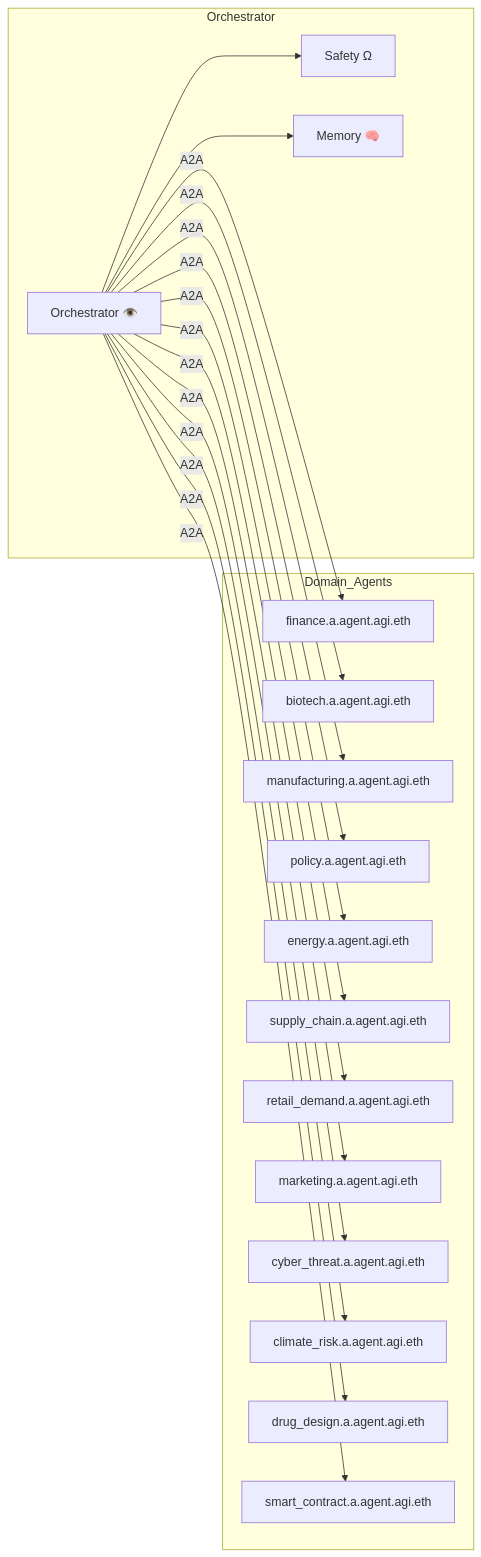
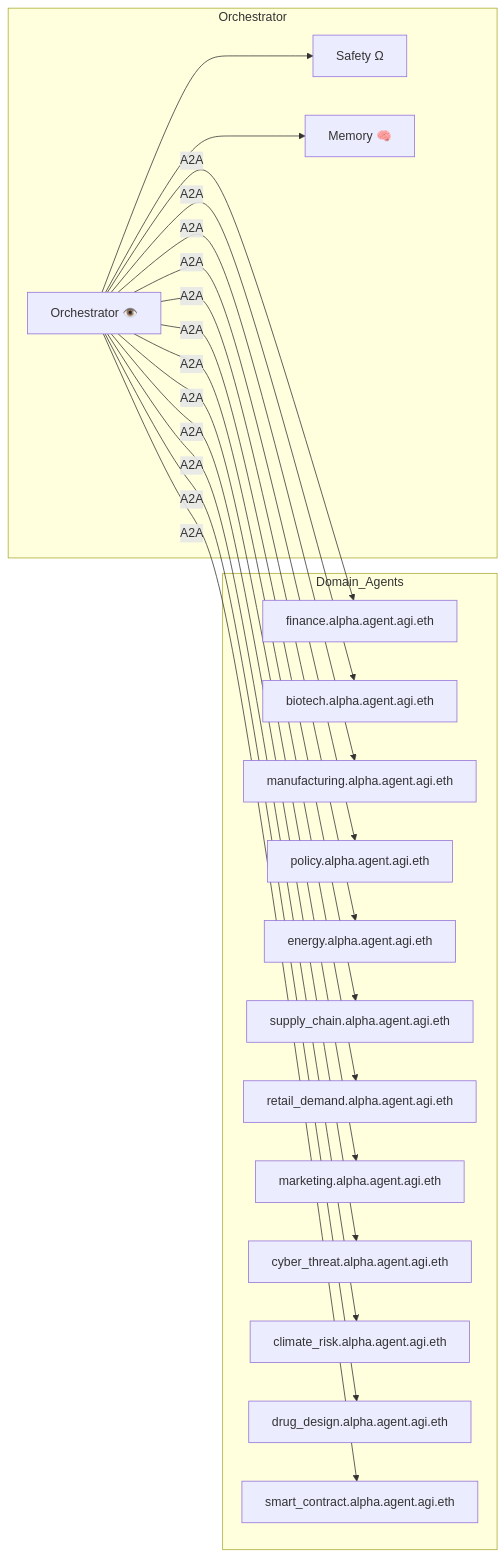
One commit to MontrealAI/AGI-Alpha-Agent-v0 changed the diagram in alpha_factory_v1/docs/alpha_agi_agent.md. Above: the diagram before and after it, drawn with Mermaid. The commit also changed other lines of this file and 17 other files, not shown here.

Commit message:
docs: update ENS schema references

````diff
--- a/alpha_factory_v1/docs/alpha_agi_agent.md
+++ b/alpha_factory_v1/docs/alpha_agi_agent.md
@@ -44,26 +44,26 @@
 ```mermaid
 flowchart LR
   subgraph Orchestrator
     ORC["Orchestrator 👁️"]
     SAF["Safety Ω"]
     MEM["Memory 🧠"]
   end
   subgraph Domain_Agents
-    FIN["finance.a.agent.agi.eth"]
-    BIO["biotech.a.agent.agi.eth"]
-    MFG["manufacturing.a.agent.agi.eth"]
-    POL["policy.a.agent.agi.eth"]
-    ENE["energy.a.agent.agi.eth"]
-    SUP["supply_chain.a.agent.agi.eth"]
-    RET["retail_demand.a.agent.agi.eth"]
-    MKT["marketing.a.agent.agi.eth"]
-    CYB["cyber_threat.a.agent.agi.eth"]
-    CLM["climate_risk.a.agent.agi.eth"]
-    DRG["drug_design.a.agent.agi.eth"]
-    SMT["smart_contract.a.agent.agi.eth"]
+    FIN["finance.alpha.agent.agi.eth"]
+    BIO["biotech.alpha.agent.agi.eth"]
+    MFG["manufacturing.alpha.agent.agi.eth"]
+    POL["policy.alpha.agent.agi.eth"]
+    ENE["energy.alpha.agent.agi.eth"]
+    SUP["supply_chain.alpha.agent.agi.eth"]
+    RET["retail_demand.alpha.agent.agi.eth"]
+    MKT["marketing.alpha.agent.agi.eth"]
+    CYB["cyber_threat.alpha.agent.agi.eth"]
+    CLM["climate_risk.alpha.agent.agi.eth"]
+    DRG["drug_design.alpha.agent.agi.eth"]
+    SMT["smart_contract.alpha.agent.agi.eth"]
   end
 
   ORC -- A2A --> FIN & BIO & MFG & POL & ENE & SUP & RET & MKT & CYB & CLM & DRG & SMT
   ORC --> SAF
   ORC --> MEM
 ```
````
